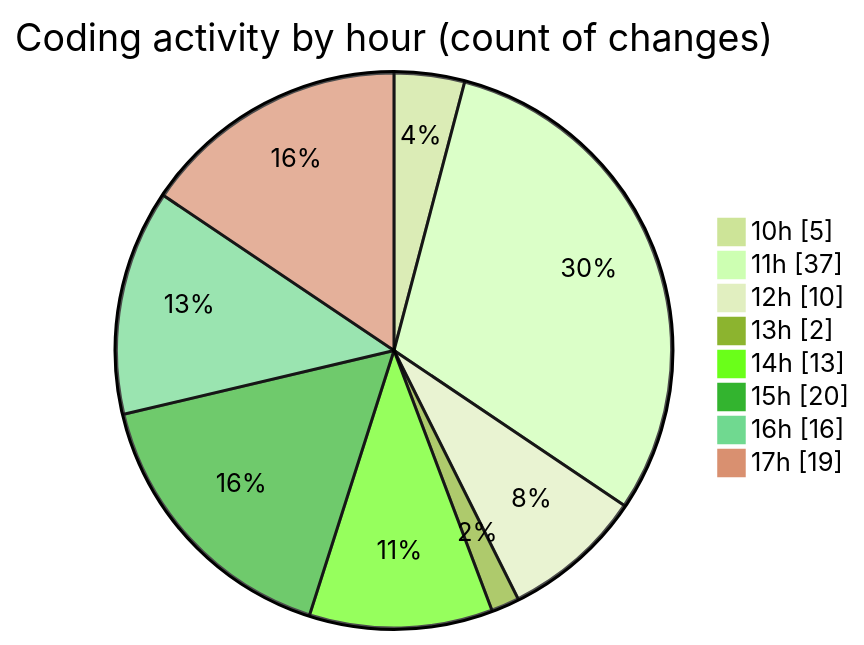
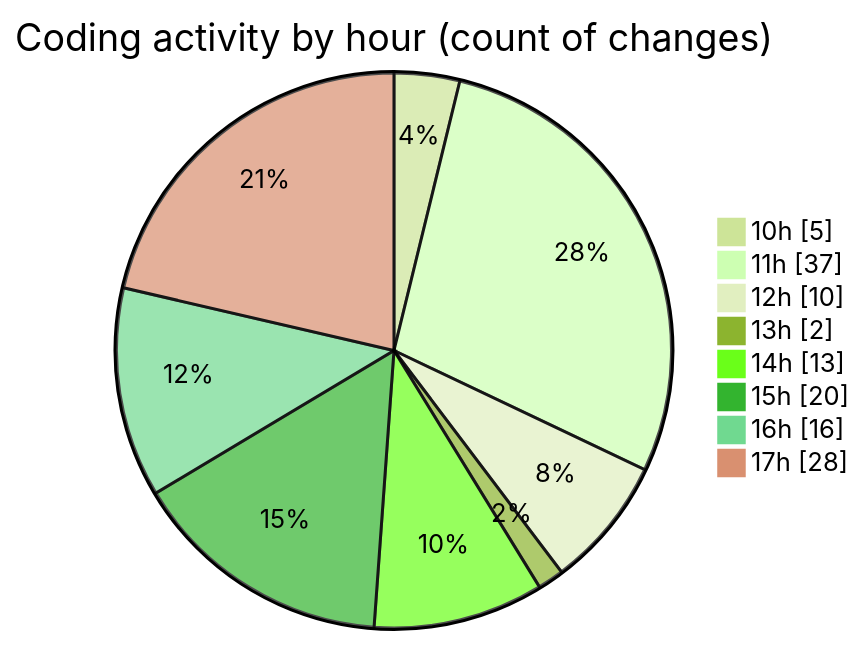
One commit to momahboobian/code-tracking changed the second of 2 diagrams in 2025-07-07/cda/README.md. Above: the diagram before and after it, drawn with Mermaid (forest theme). The commit also changed other lines of this file and 1 other file, not shown here.

````diff
--- a/2025-07-07/cda/README.md
+++ b/2025-07-07/cda/README.md
@@ -50,12 +50,12 @@
 ```mermaid
 pie showData
 title Coding activity by hour (count of changes)
 "10h" : 5
 "11h" : 37
 "12h" : 10
 "13h" : 2
 "14h" : 13
 "15h" : 20
 "16h" : 16
-"17h" : 19
+"17h" : 28
 ```
````
